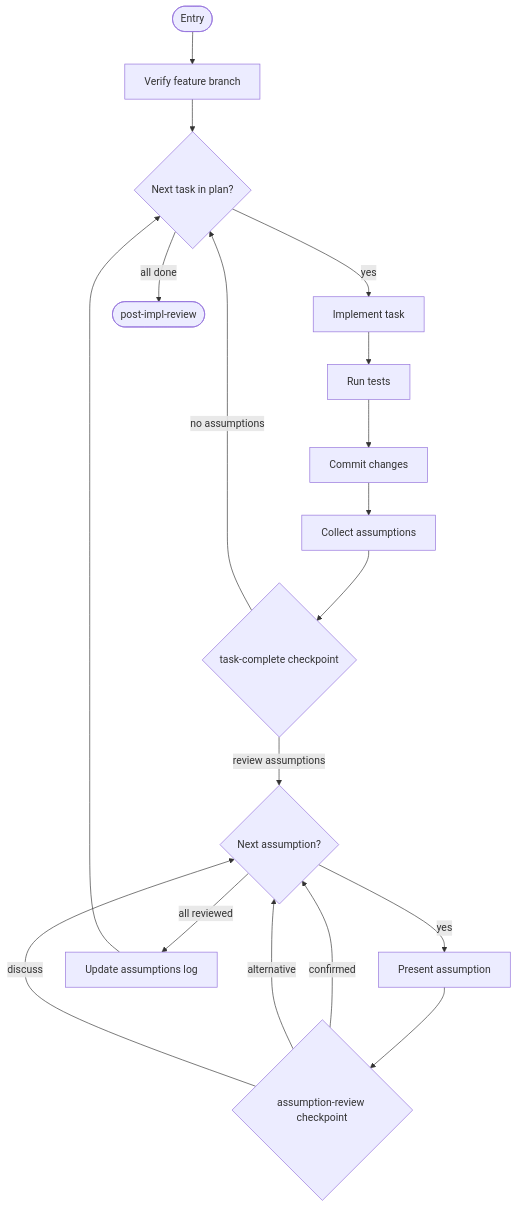
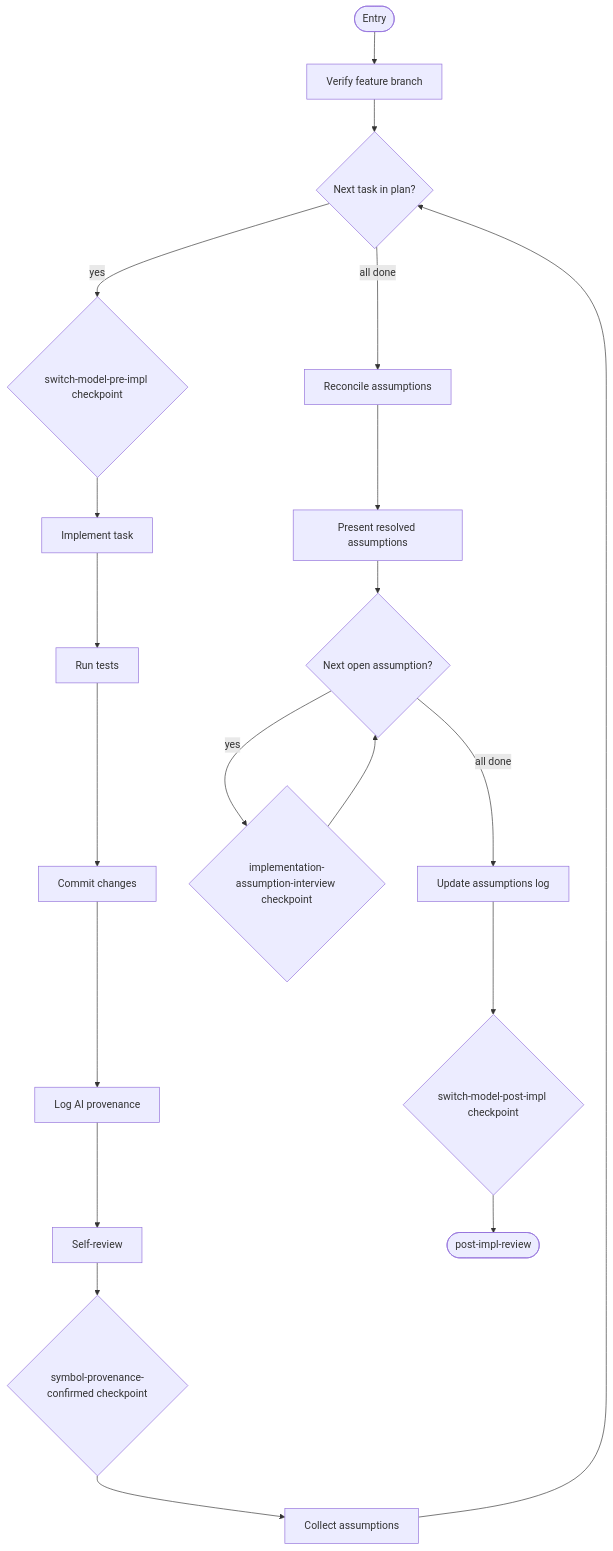
Before and after one commit to m2ux/workflow-server: the eighth of 14 diagrams in work-package/activities/README.md, drawn with Mermaid. The commit also changed other lines of this file and 48 other files, not shown here.

````diff
--- a/work-package/activities/README.md
+++ b/work-package/activities/README.md
@@ -586,23 +551,23 @@
 ```mermaid
 graph TD
     entryNode(["Entry"]) --> verifyBranch["Verify feature branch"]
     verifyBranch --> nextTask{"Next task in plan?"}
-    nextTask -->|"yes"| implementTask["Implement task"]
-    nextTask -->|"all done"| exitNode(["post-impl-review"])
-
+    nextTask -->|"yes"| cpPreImpl{"switch-model-pre-impl checkpoint"}
+    cpPreImpl --> implementTask["Implement task"]
     implementTask --> runTests["Run tests"]
     runTests --> commitChanges["Commit changes"]
-    commitChanges --> collectAssumptions["Collect assumptions"]
-    collectAssumptions --> cpTask{"task-complete checkpoint"}
-    cpTask -->|"review assumptions"| nextAssumption{"Next assumption?"}
-    cpTask -->|"no assumptions"| nextTask
+    commitChanges --> logProvenance["Log AI provenance"]
+    logProvenance --> selfReview["Self-review"]
+    selfReview --> cpSymbol{"symbol-provenance-confirmed checkpoint"}
+    cpSymbol --> collectAssumptions["Collect assumptions"]
+    collectAssumptions --> nextTask
 
-    nextAssumption -->|"yes"| presentAssumption["Present assumption"]
-    nextAssumption -->|"all reviewed"| updateLog["Update assumptions log"]
-    presentAssumption --> cpAssumption{"assumption-review checkpoint"}
-    cpAssumption -->|"confirmed"| nextAssumption
-    cpAssumption -->|"alternative"| nextAssumption
-    cpAssumption -->|"discuss"| nextAssumption
-
-    updateLog --> nextTask
+    nextTask -->|"all done"| reconcile["Reconcile assumptions"]
+    reconcile --> presentResolved["Present resolved assumptions"]
+    presentResolved --> interviewLoop{"Next open assumption?"}
+    interviewLoop -->|"yes"| cpInterview{"implementation-assumption-interview checkpoint"}
+    cpInterview --> interviewLoop
+    interviewLoop -->|"all done"| updateLog["Update assumptions log"]
+    updateLog --> cpPostImpl{"switch-model-post-impl checkpoint"}
+    cpPostImpl --> exitNode(["post-impl-review"])
 ```
````
